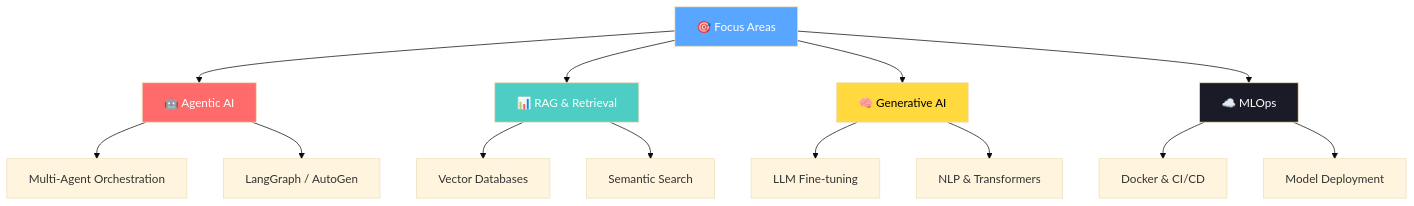
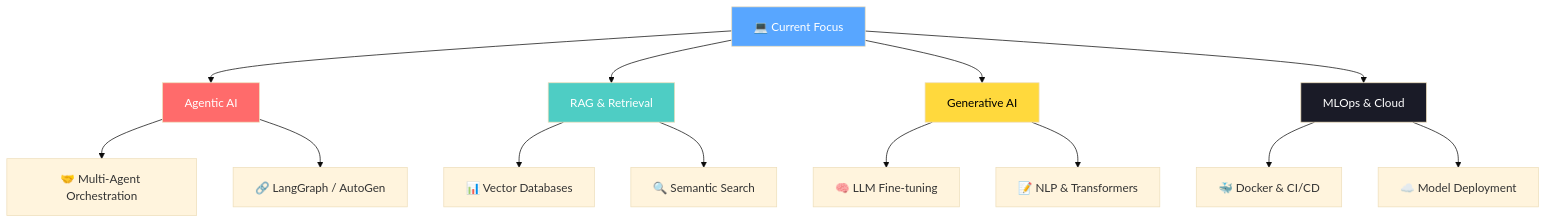
The first of 2 diagrams in README.md (Muhammad08-dot/Muhammad08-dot), drawn with Mermaid (base theme) before and after one commit. The commit also changed other lines of this file, not shown here.

````diff
--- a/README.md
+++ b/README.md
@@ -212,25 +272,25 @@
 ```mermaid
 graph TB
-    A[🎯 Focus Areas] --> B[🤖 Agentic AI]
-    A --> C[📊 RAG & Retrieval]
-    A --> D[🧠 Generative AI]
-    A --> E[☁️ MLOps]
+    A[💻 Current Focus] --> B[Agentic AI]
+    A --> C[RAG & Retrieval]
+    A --> D[Generative AI]
+    A --> E[MLOps & Cloud]
 
-    B --> B1[Multi-Agent Orchestration]
-    B --> B2[LangGraph / AutoGen]
+    B --> B1[🤝 Multi-Agent Orchestration]
+    B --> B2[🔗 LangGraph / AutoGen]
 
-    C --> C1[Vector Databases]
-    C --> C2[Semantic Search]
+    C --> C1[📊 Vector Databases]
+    C --> C2[🔍 Semantic Search]
 
-    D --> D1[LLM Fine-tuning]
-    D --> D2[NLP & Transformers]
+    D --> D1[🧠 LLM Fine-tuning]
+    D --> D2[📝 NLP & Transformers]
 
-    E --> E1[Docker & CI/CD]
-    E --> E2[Model Deployment]
+    E --> E1[🐳 Docker & CI/CD]
+    E --> E2[☁️ Model Deployment]
 
     style A fill:#58A6FF,color:#fff
     style B fill:#FF6B6B,color:#fff
     style C fill:#4ECDC4,color:#fff
     style D fill:#FFD93D,color:#000
     style E fill:#1A1B27,color:#fff
 ```
````
